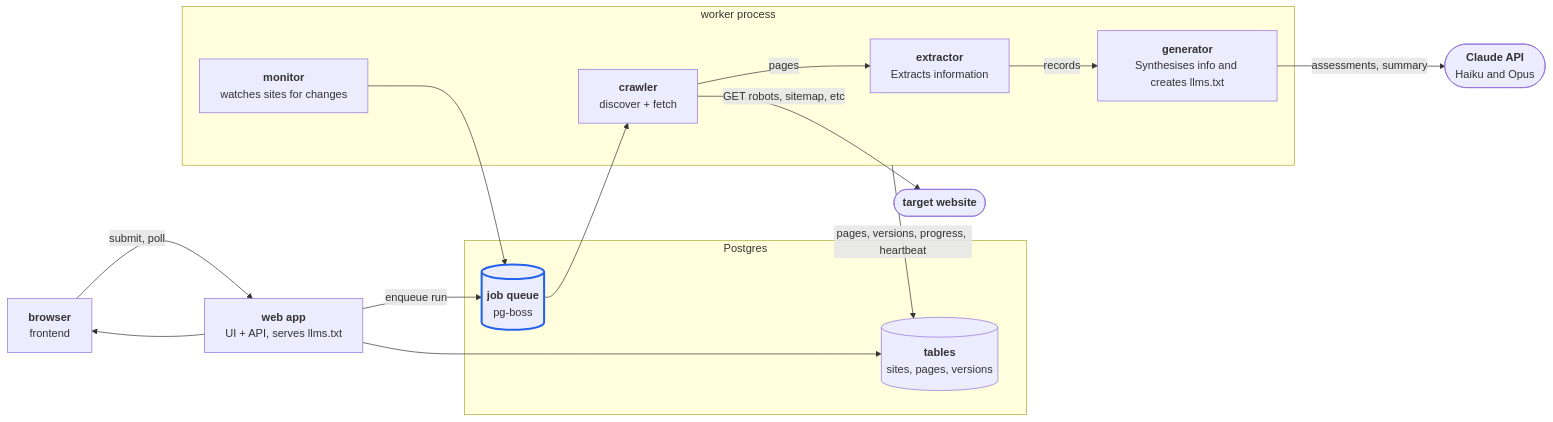
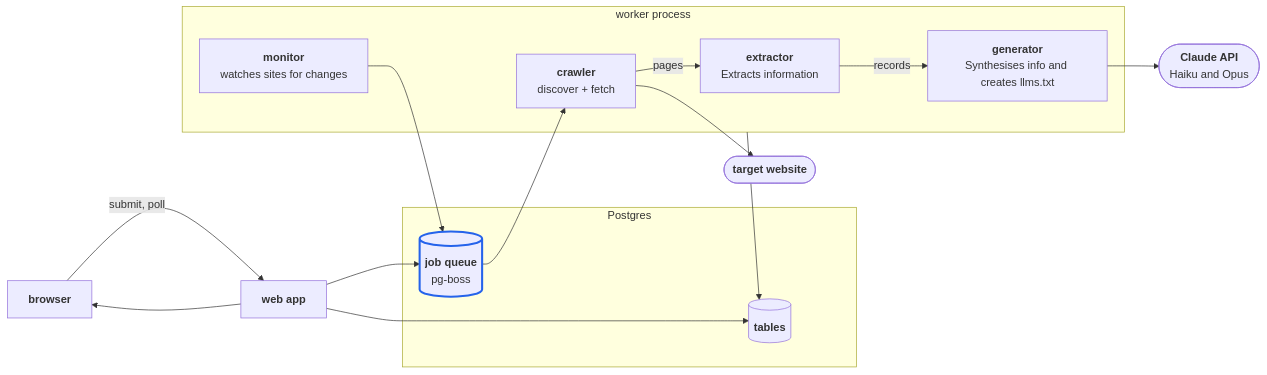
The first of 8 diagrams in docs/design/README.md (nevertooserious/llms-txt-ben-lucato), drawn with Mermaid before and after one commit. The commit also changed other lines of this file, not shown here.

Commit message:
Trim the system overview and crawler diagrams
Drops box subtitles and edge labels from the system overview, shortens two
crawler boxes, and corrects the crawler's "Can skip page?" arrows: yes goes
to "not requested" and no to "fetch the page".

````diff
--- a/docs/design/README.md
+++ b/docs/design/README.md
@@ -5,33 +5,33 @@
 ```mermaid
 flowchart LR
-  browser["<b>browser</b><br/>frontend"]
-  web["<b>web app</b><br/>UI + API, serves llms.txt"]
+  browser["<b>browser</b>"]
+  web["<b>web app</b>"]
   site(["<b>target website</b>"])
   claude(["<b>Claude API</b><br/>Haiku and Opus"])
 
   subgraph postgres["Postgres"]
-    tables[("<b>tables</b><br/>sites, pages, versions")]
+    tables[("<b>tables</b>")]
     queue[("<b>job queue</b><br/>pg-boss")]
   end
 
   subgraph worker["worker process"]
     crawler["<b>crawler</b><br/>discover + fetch"]
     extractor["<b>extractor</b><br/>Extracts information"]
     generator["<b>generator</b><br/>Synthesises info and creates llms.txt"]
     monitor["<b>monitor</b><br/> watches sites for changes"]
     crawler -- "pages" --> extractor
     extractor -- "records" --> generator
   end
 
   browser -- "submit, poll" --> web
   web --> browser
   web  --> tables
-  web -- "enqueue run" --> queue
+  web --> queue
   queue  --> crawler
   monitor --> queue
-  crawler -- "GET robots, sitemap, etc" --> site
-  generator -- "assessments, summary" --> claude
-  worker -- "pages, versions, progress, heartbeat" --> tables
+  crawler --> site
+  generator --> claude
+  worker --> tables
 
   style queue stroke:#2563eb,stroke-width:3px
 ```
````
